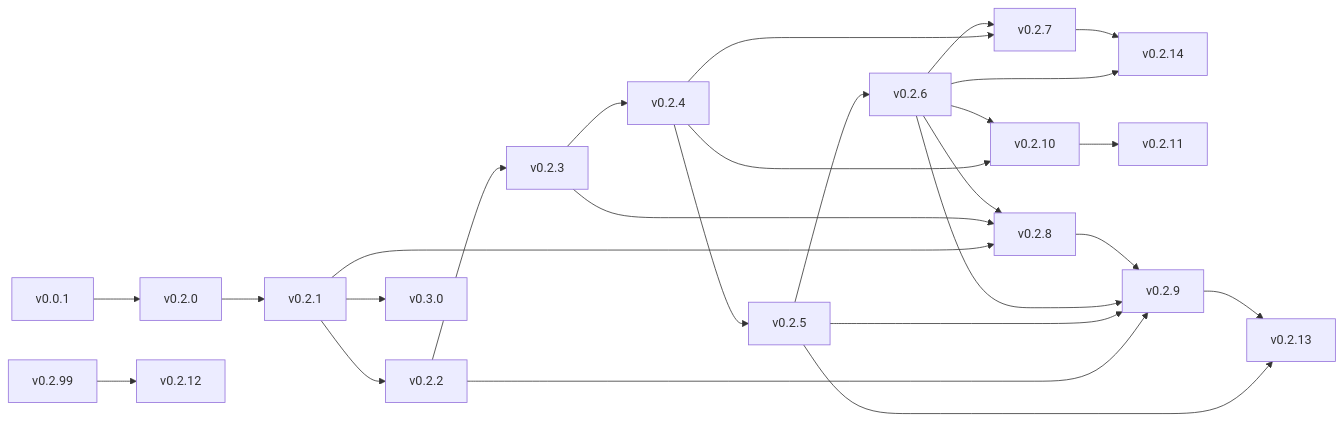
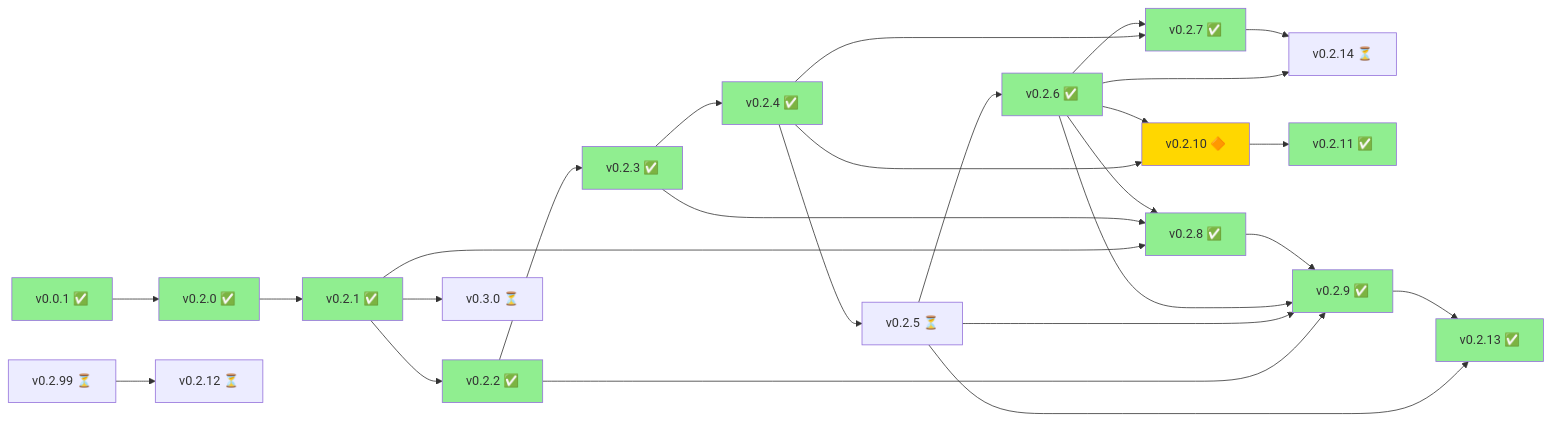
One commit to cprima-homelab/dictacode changed the diagram in docs/roadmap.md. Above: the diagram before and after it, drawn with Mermaid. The commit also changed other lines of this file and 12 other files, not shown here.

````diff
--- a/docs/roadmap.md
+++ b/docs/roadmap.md
@@ -250,13 +294,27 @@
 ```mermaid
 graph LR
-    v0.0.1 --> v0.2.0 --> v0.2.1 --> v0.2.2
-    v0.2.2 --> v0.2.3 --> v0.2.4 --> v0.2.5 --> v0.2.6
-    v0.2.4 & v0.2.6 --> v0.2.7
-    v0.2.6 & v0.2.7 --> v0.2.14
-    v0.2.4 & v0.2.6 --> v0.2.10 --> v0.2.11
-    v0.2.1 & v0.2.3 & v0.2.6 --> v0.2.8
-    v0.2.2 & v0.2.5 & v0.2.6 & v0.2.8 --> v0.2.9
-    v0.2.5 & v0.2.9 --> v0.2.13
-    v0.2.99 --> v0.2.12
-    v0.2.1 --> v0.3.0
+    v0.0.1[v0.0.1 ✅] --> v0.2.0[v0.2.0 ✅] --> v0.2.1[v0.2.1 ✅] --> v0.2.2[v0.2.2 ✅]
+    v0.2.2 --> v0.2.3[v0.2.3 ✅] --> v0.2.4[v0.2.4 ✅] --> v0.2.5[v0.2.5 ⏳] --> v0.2.6[v0.2.6 ✅]
+    v0.2.4 & v0.2.6 --> v0.2.7[v0.2.7 ✅]
+    v0.2.6 & v0.2.7 --> v0.2.14[v0.2.14 ⏳]
+    v0.2.4 & v0.2.6 --> v0.2.10[v0.2.10 🔶] --> v0.2.11[v0.2.11 ✅]
+    v0.2.1 & v0.2.3 & v0.2.6 --> v0.2.8[v0.2.8 ✅]
+    v0.2.2 & v0.2.5 & v0.2.6 & v0.2.8 --> v0.2.9[v0.2.9 ✅]
+    v0.2.5 & v0.2.9 --> v0.2.13[v0.2.13 ✅]
+    v0.2.99[v0.2.99 ⏳] --> v0.2.12[v0.2.12 ⏳]
+    v0.2.1 --> v0.3.0[v0.3.0 ⏳]
+
+    style v0.0.1 fill:#90EE90
+    style v0.2.0 fill:#90EE90
+    style v0.2.1 fill:#90EE90
+    style v0.2.2 fill:#90EE90
+    style v0.2.3 fill:#90EE90
+    style v0.2.4 fill:#90EE90
+    style v0.2.6 fill:#90EE90
+    style v0.2.7 fill:#90EE90
+    style v0.2.8 fill:#90EE90
+    style v0.2.9 fill:#90EE90
+    style v0.2.11 fill:#90EE90
+    style v0.2.13 fill:#90EE90
+    style v0.2.10 fill:#FFD700
 ```
````
